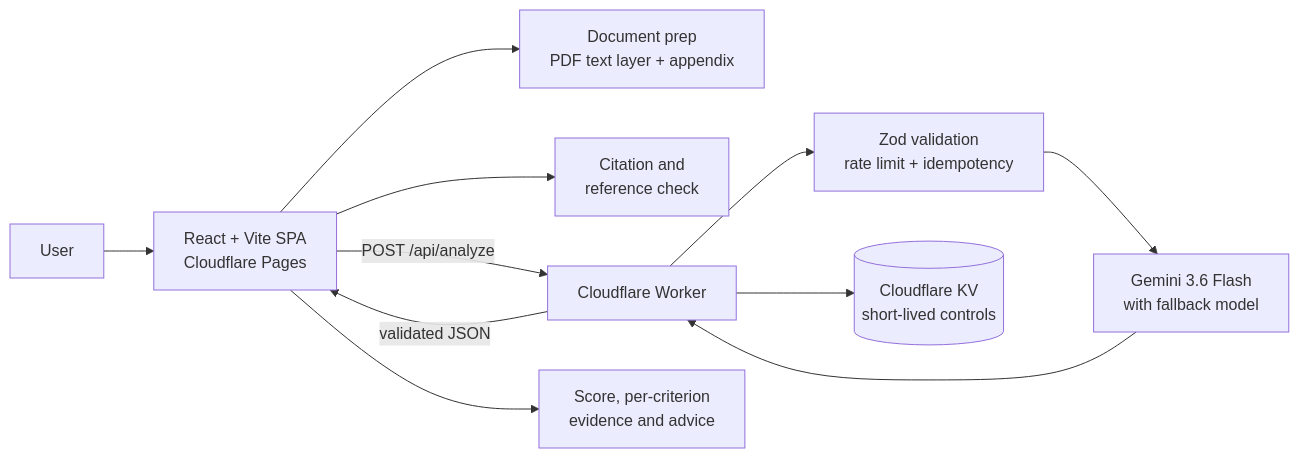
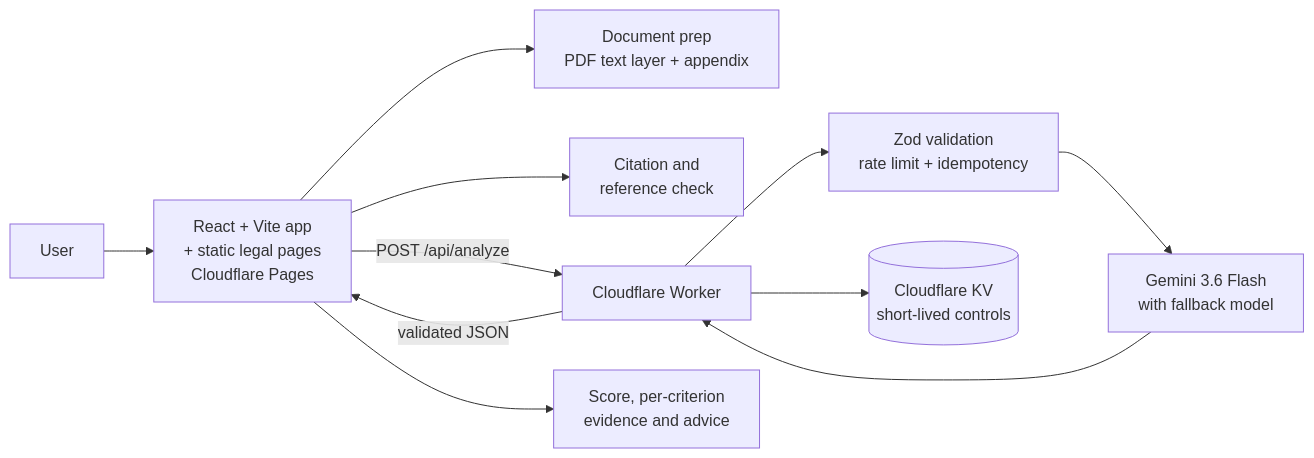
One commit to WayuOHm99/report-checker-ai changed the diagram in README.md. Above: the diagram before and after it, drawn with Mermaid. The commit also changed other lines of this file and 28 other files, not shown here.

````diff
--- a/README.md
+++ b/README.md
@@ -67,13 +67,13 @@
 ```mermaid
 flowchart LR
-  U[User] --> FE[React + Vite SPA\nCloudflare Pages]
+  U[User] --> FE[React + Vite app\n+ static legal pages\nCloudflare Pages]
   FE --> DOC[Document prep\nPDF text layer + appendix]
   FE --> REF[Citation and\nreference check]
   FE -->|POST /api/analyze| W[Cloudflare Worker]
   W --> V[Zod validation\nrate limit + idempotency]
   V --> AI[Gemini 3.6 Flash\nwith fallback model]
   W --> KV[(Cloudflare KV\nshort-lived controls)]
   AI --> W
   W -->|validated JSON| FE
   FE --> R[Score, per-criterion\nevidence and advice]
 ```
````
